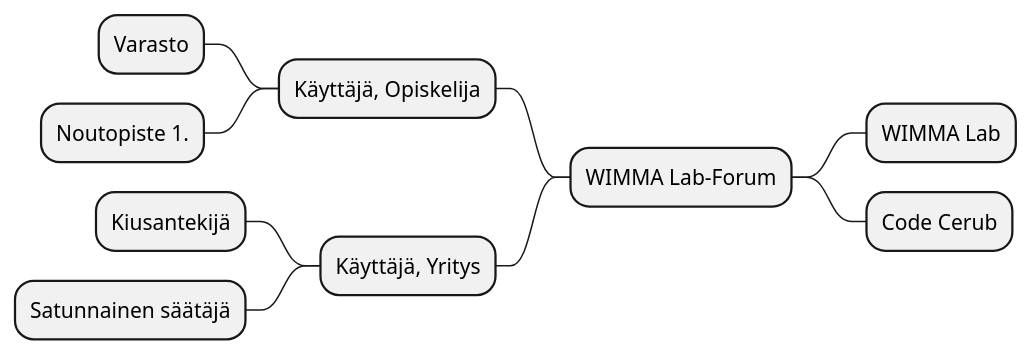
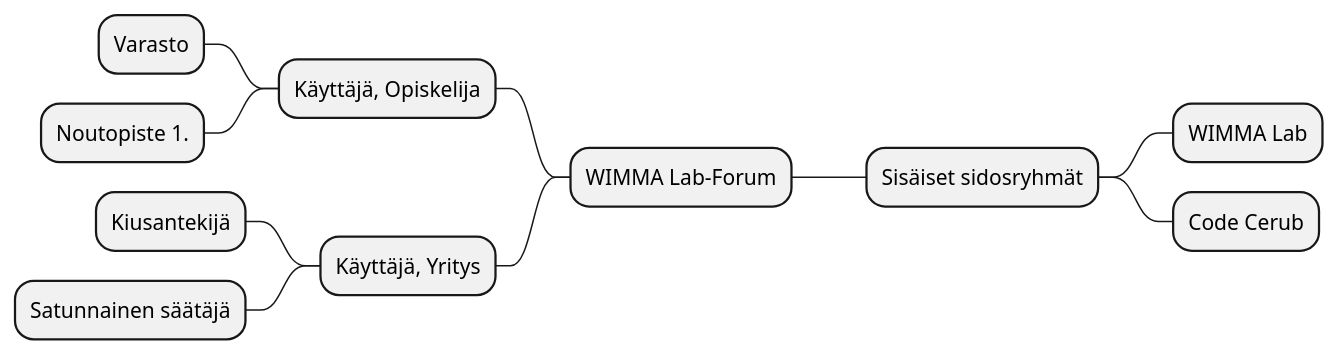
Before and after one commit to ninaleo/S2021-AB5160-core: the first of 6 diagrams in dokumentit/20-Vaatimustenhallinta/vaatimusmaaritely-tiivis.md, drawn with PlantUML.

````diff
--- a/dokumentit/20-Vaatimustenhallinta/vaatimusmaaritely-tiivis.md
+++ b/dokumentit/20-Vaatimustenhallinta/vaatimusmaaritely-tiivis.md
@@ -41,13 +41,14 @@
 ```plantuml
 @startmindmap
 + WIMMA Lab-Forum
-++ WIMMA Lab
-++ Code Cerub
+++ Sisäiset sidosryhmät
++++ WIMMA Lab
++++ Code Cerub
 -- Käyttäjä, Opiskelija
 --- Varasto
 --- Noutopiste 1.
 -- Käyttäjä, Yritys
 --- Kiusantekijä
 --- Satunnainen säätäjä
 @endmindmap
 ```
````
